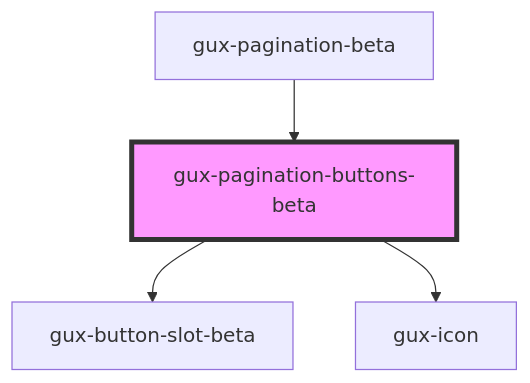
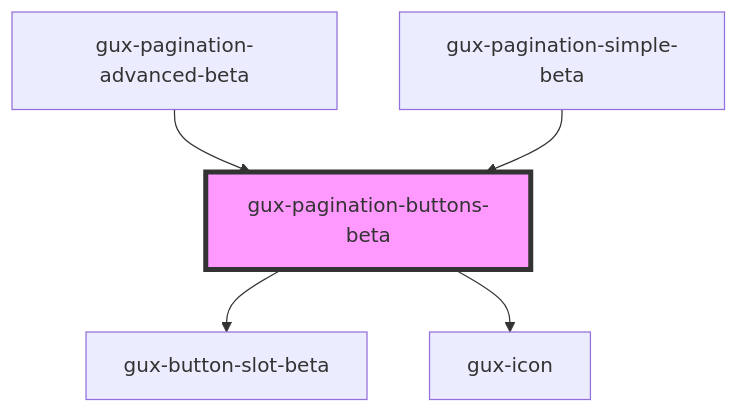
Before and after one commit to MyPureCloud/genesys-spark: the diagram in src/components/beta/gux-pagination-beta/gux-pagination-buttons-beta/readme.md, drawn with Mermaid. The commit also changed other lines of this file and 21 other files, not shown here.

Commit message:
feat(gux-pagination-beta): pagination options separate components, created pagination beta service

````diff
--- a/src/components/beta/gux-pagination-beta/gux-pagination-buttons-beta/readme.md
+++ b/src/components/beta/gux-pagination-beta/gux-pagination-buttons-beta/readme.md
@@ -37,7 +38,8 @@
 ```mermaid
 graph TD;
   gux-pagination-buttons-beta --> gux-button-slot-beta
   gux-pagination-buttons-beta --> gux-icon
-  gux-pagination-beta --> gux-pagination-buttons-beta
+  gux-pagination-advanced-beta --> gux-pagination-buttons-beta
+  gux-pagination-simple-beta --> gux-pagination-buttons-beta
   style gux-pagination-buttons-beta fill:#f9f,stroke:#333,stroke-width:4px
 ```
````
